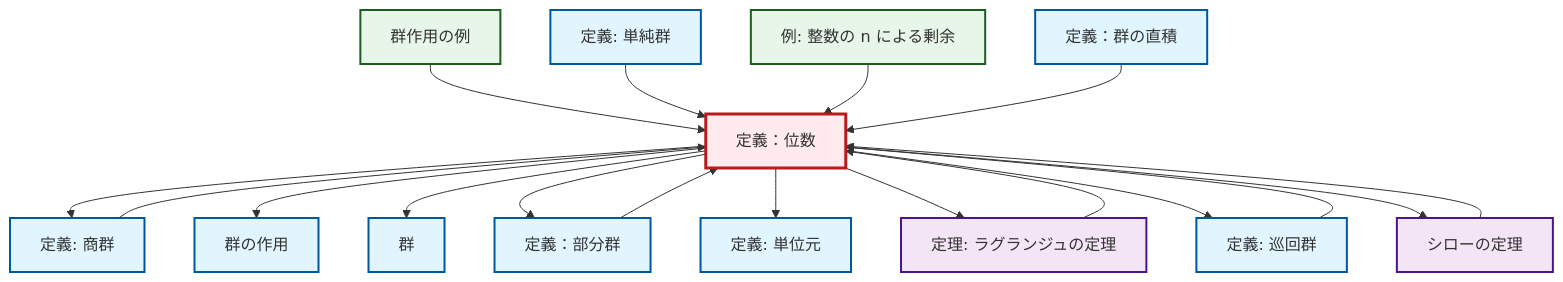
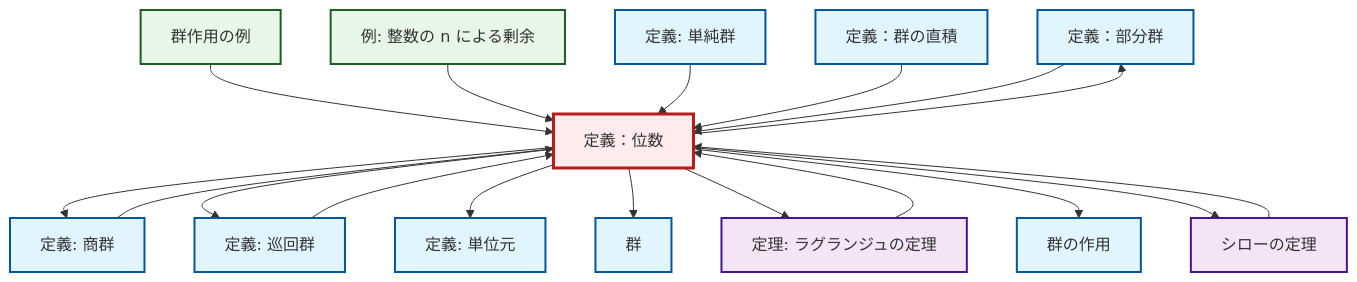
The diagram in content/ja/algebra/def-order.qmd (RK0429/ModernMath), drawn with Mermaid before and after one commit. The commit also changed 672 other files, not shown here.

````diff
--- a/content/ja/algebra/def-order.qmd
+++ b/content/ja/algebra/def-order.qmd
@@ -112,52 +112,52 @@
 ```{mermaid}
-%%| fig-cap: "Local dependency graph"
+%%| fig-cap: "ローカル依存関係グラフ"
 graph TD
     classDef definition fill:#e1f5fe,stroke:#01579b,stroke-width:2px
     classDef theorem fill:#f3e5f5,stroke:#4a148c,stroke-width:2px
     classDef axiom fill:#fff3e0,stroke:#e65100,stroke-width:2px
     classDef example fill:#e8f5e9,stroke:#1b5e20,stroke-width:2px
     classDef current fill:#ffebee,stroke:#b71c1c,stroke-width:3px
-    def-simple-group["定義: 単純群"]:::definition
-    def-identity-element["定義: 単位元"]:::definition
     def-subgroup["定義：部分群"]:::definition
     def-cyclic-group["定義: 巡回群"]:::definition
     def-order["定義：位数"]:::definition
+    def-quotient-group["定義: 商群"]:::definition
+    def-direct-product["定義：群の直積"]:::definition
+    ex-group-action-examples["群作用の例"]:::example
+    ex-quotient-integers-mod-n["例: 整数の n による剰余"]:::example
+    thm-lagrange["定理: ラグランジュの定理"]:::theorem
+    def-identity-element["定義: 単位元"]:::definition
+    def-group["群"]:::definition
+    thm-sylow["シローの定理"]:::theorem
+    def-simple-group["定義: 単純群"]:::definition
     def-group-action["群の作用"]:::definition
-    thm-lagrange["定理: ラグランジュの定理"]:::theorem
-    thm-sylow["シローの定理"]:::theorem
-    def-quotient-group["定義: 商群"]:::definition
-    ex-group-action-examples["群作用の例"]:::example
-    def-direct-product["定義：群の直積"]:::definition
-    def-group["群"]:::definition
-    ex-quotient-integers-mod-n["例: 整数の n による剰余"]:::example
     def-order --> def-quotient-group
+    def-order --> def-cyclic-group
+    def-order --> def-identity-element
     ex-group-action-examples --> def-order
-    def-order --> def-group-action
-    def-order --> def-group
-    def-order --> def-subgroup
-    thm-sylow --> def-order
-    def-order --> def-identity-element
+    ex-quotient-integers-mod-n --> def-order
+    def-quotient-group --> def-order
     def-simple-group --> def-order
     thm-lagrange --> def-order
+    def-order --> def-group
+    def-order --> thm-lagrange
     def-cyclic-group --> def-order
-    ex-quotient-integers-mod-n --> def-order
-    def-order --> thm-lagrange
-    def-quotient-group --> def-order
-    def-order --> def-cyclic-group
+    def-order --> def-group-action
+    def-direct-product --> def-order
     def-subgroup --> def-order
-    def-direct-product --> def-order
     def-order --> thm-sylow
+    thm-sylow --> def-order
+    def-order --> def-subgroup
     class def-order current
-    click def-simple-group "def-simple-group.html" "単純群の定義へ"
-    click def-identity-element "def-identity-element.html" "単位元の定義へ"
     click def-subgroup "def-subgroup.html" "定義：部分群へ"
     click def-cyclic-group "def-cyclic-group.html" "巡回群の定義へ"
+    click def-quotient-group "def-quotient-group.html" "商群の定義へ"
+    click def-direct-product "def-direct-product.html" "定義：群の直積へ"
+    click ex-group-action-examples "ex-group-action-examples.html" "群作用の例へ"
+    click ex-quotient-integers-mod-n "ex-quotient-integers-mod-n.html" "整数の n による剰余の例へ"
+    click thm-lagrange "thm-lagrange.html" "ラグランジュの定理の定理へ"
+    click def-identity-element "def-identity-element.html" "単位元の定義へ"
+    click def-group "def-group.html" "群へ"
+    click thm-sylow "thm-sylow.html" "シローの定理へ"
+    click def-simple-group "def-simple-group.html" "単純群の定義へ"
     click def-group-action "def-group-action.html" "群の作用へ"
-    click thm-lagrange "thm-lagrange.html" "ラグランジュの定理の定理へ"
-    click thm-sylow "thm-sylow.html" "シローの定理へ"
-    click def-quotient-group "def-quotient-group.html" "商群の定義へ"
-    click ex-group-action-examples "ex-group-action-examples.html" "群作用の例へ"
-    click def-direct-product "def-direct-product.html" "定義：群の直積へ"
-    click def-group "def-group.html" "群へ"
-    click ex-quotient-integers-mod-n "ex-quotient-integers-mod-n.html" "整数の n による剰余の例へ"
 ```
````
